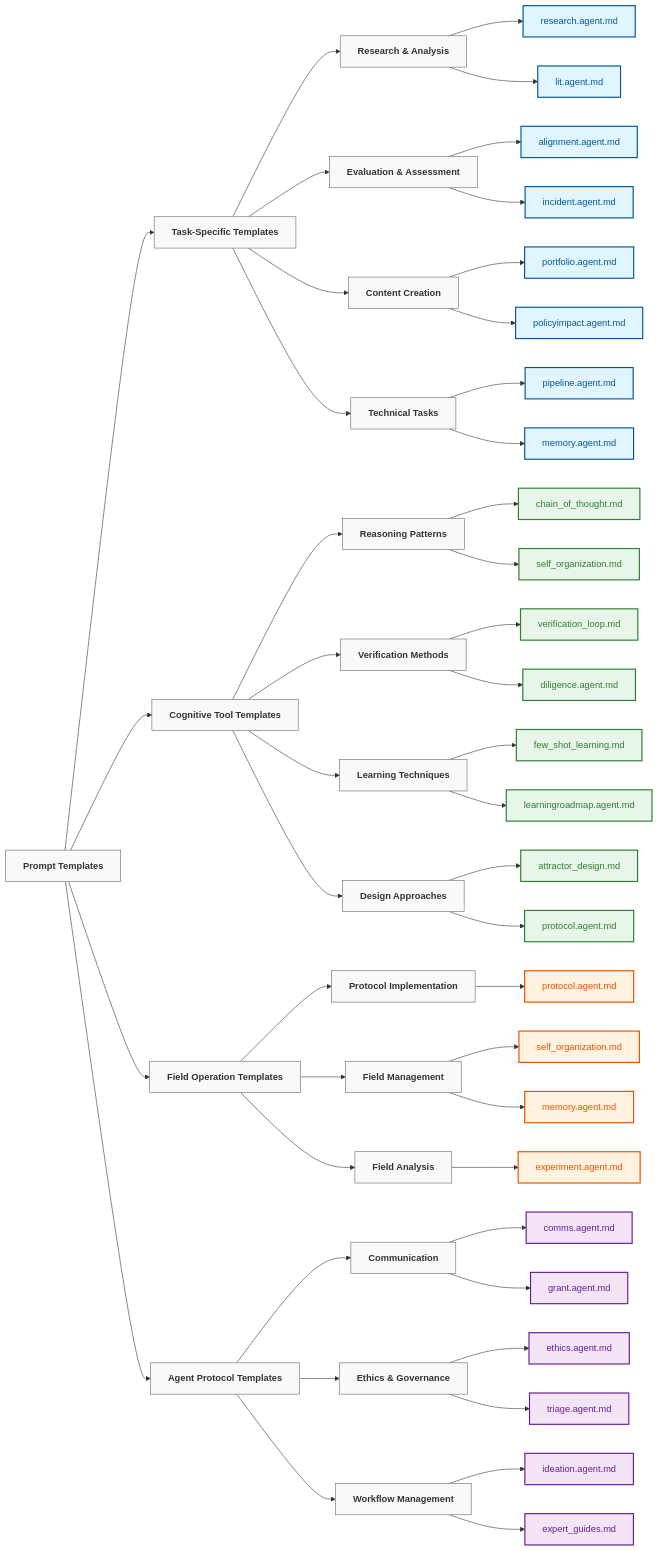
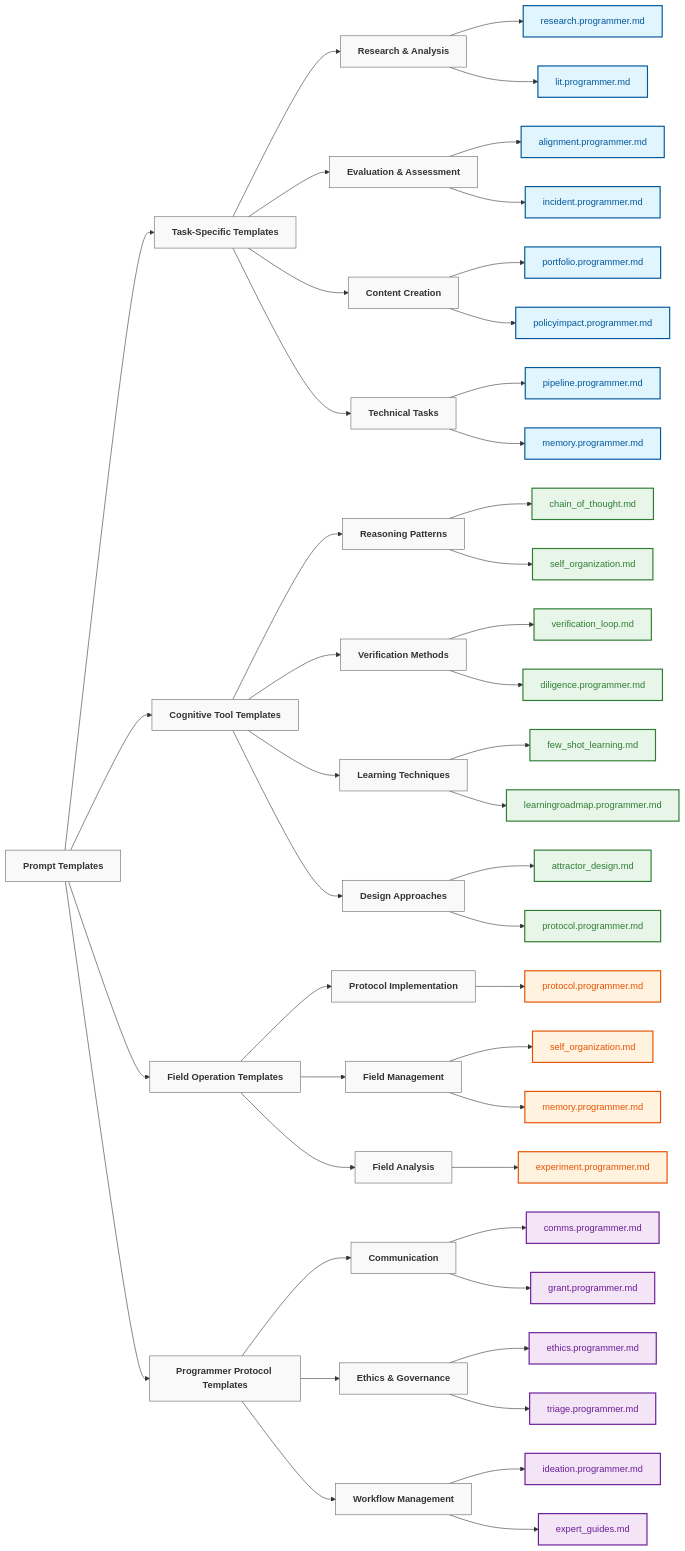
One commit to swcstudio/supercompute-lms changed the diagram in 20_templates/PROMPTS/README.md. Above: the diagram before and after it, drawn with Mermaid. The commit also changed other lines of this file and 143 other files, not shown here.

````diff
--- a/20_templates/PROMPTS/README.md
+++ b/20_templates/PROMPTS/README.md
@@ -50,96 +50,96 @@
     Root --> Task[Task-Specific Templates]
     Root --> Cognitive[Cognitive Tool Templates]
     Root --> Field[Field Operation Templates]
-    Root --> Agent[Agent Protocol Templates]
-    
+    Root --> Programmer[Programmer Protocol Templates]
+
     %% Task-Specific Templates
     Task --> Research[Research & Analysis]
     Task --> Evaluation[Evaluation & Assessment]
     Task --> Content[Content Creation]
     Task --> Technical[Technical Tasks]
-    
+
     %% Research & Analysis Templates
-    Research --> ResearchAgent[research.agent.md]
-    Research --> LitAgent[lit.agent.md]
-    
+    Research --> ResearchProgrammer[research.programmer.md]
+    Research --> LitProgrammer[lit.programmer.md]
+
     %% Evaluation & Assessment Templates
-    Evaluation --> AlignmentAgent[alignment.agent.md]
-    Evaluation --> IncidentAgent[incident.agent.md]
-    
+    Evaluation --> AlignmentProgrammer[alignment.programmer.md]
+    Evaluation --> IncidentProgrammer[incident.programmer.md]
+
     %% Content Creation Templates
-    Content --> PortfolioAgent[portfolio.agent.md]
-    Content --> PolicyAgent[policyimpact.agent.md]
-    
+    Content --> PortfolioProgrammer[portfolio.programmer.md]
+    Content --> PolicyProgrammer[policyimpact.programmer.md]
+
     %% Technical Tasks Templates
-    Technical --> PipelineAgent[pipeline.agent.md]
-    Technical --> MemoryAgent[memory.agent.md]
-    
+    Technical --> PipelineProgrammer[pipeline.programmer.md]
+    Technical --> MemoryProgrammer[memory.programmer.md]
+
     %% Cognitive Tool Templates
     Cognitive --> Reasoning[Reasoning Patterns]
     Cognitive --> Verification[Verification Methods]
     Cognitive --> Learning[Learning Techniques]
     Cognitive --> Design[Design Approaches]
-    
+
     %% Reasoning Pattern Templates
     Reasoning --> ChainOfThought[chain_of_thought.md]
     Reasoning --> SelfOrg[self_organization.md]
-    
+
     %% Verification Method Templates
     Verification --> VerificationLoop[verification_loop.md]
-    Verification --> DiligenceAgent[diligence.agent.md]
-    
+    Verification --> DiligenceProgrammer[diligence.programmer.md]
+
     %% Learning Technique Templates
     Learning --> FewShot[few_shot_learning.md]
-    Learning --> LearningRoadmap[learningroadmap.agent.md]
-    
+    Learning --> LearningRoadmap[learningroadmap.programmer.md]
+
     %% Design Approach Templates
     Design --> AttractorDesign[attractor_design.md]
-    Design --> ProtocolAgent[protocol.agent.md]
-    
+    Design --> ProtocolProgrammer[protocol.programmer.md]
+
     %% Field Operation Templates
     Field --> Protocol[Protocol Implementation]
     Field --> Management[Field Management]
     Field --> Analysis[Field Analysis]
-    
+
     %% Protocol Implementation Templates
-    Protocol --> ProtocolAgentMd[protocol.agent.md]
-    
+    Protocol --> ProtocolProgrammerMd[protocol.programmer.md]
+
     %% Field Management Templates
     Management --> SelfOrgMd[self_organization.md]
-    Management --> MemoryAgentMd[memory.agent.md]
-    
+    Management --> MemoryProgrammerMd[memory.programmer.md]
+
     %% Field Analysis Templates
-    Analysis --> ExperimentAgent[experiment.agent.md]
-    
-    %% Agent Protocol Templates
-    Agent --> Communication[Communication]
-    Agent --> Ethics[Ethics & Governance]
-    Agent --> Workflow[Workflow Management]
-    
+    Analysis --> ExperimentProgrammer[experiment.programmer.md]
+
+    %% Programmer Protocol Templates
+    Programmer --> Communication[Communication]
+    Programmer --> Ethics[Ethics & Governance]
+    Programmer --> Workflow[Workflow Management]
+
     %% Communication Templates
-    Communication --> CommsAgent[comms.agent.md]
-    Communication --> GrantAgent[grant.agent.md]
-    
+    Communication --> CommsProgrammer[comms.programmer.md]
+    Communication --> GrantProgrammer[grant.programmer.md]
+
     %% Ethics & Governance Templates
-    Ethics --> EthicsAgent[ethics.agent.md]
-    Ethics --> TriageAgent[triage.agent.md]
-    
+    Ethics --> EthicsProgrammer[ethics.programmer.md]
+    Ethics --> TriageProgrammer[triage.programmer.md]
+
     %% Workflow Management Templates
-    Workflow --> IdeationAgent[ideation.agent.md]
+    Workflow --> IdeationProgrammer[ideation.programmer.md]
     Workflow --> ExpertGuides[expert_guides.md]
-    
+
     %% Styling
     classDef category fill:#f9f9f9,stroke:#666,stroke-width:1px,color:#333,font-weight:bold
     classDef task fill:#e1f5fe,stroke:#01579b,stroke-width:2px,color:#01579b
     classDef cognitive fill:#e8f5e9,stroke:#2e7d32,stroke-width:2px,color:#2e7d32
     classDef field fill:#fff3e0,stroke:#e65100,stroke-width:2px,color:#e65100
-    classDef agent fill:#f3e5f5,stroke:#6a1b9a,stroke-width:2px,color:#6a1b9a
+    classDef programmer fill:#f3e5f5,stroke:#6a1b9a,stroke-width:2px,color:#6a1b9a
     classDef template fill:#ffffff,stroke:#999,stroke-width:1px,color:#333
-    
-    class Root,Task,Cognitive,Field,Agent,Research,Evaluation,Content,Technical,Reasoning,Verification,Learning,Design,Protocol,Management,Analysis,Communication,Ethics,Workflow category
-    class ResearchAgent,LitAgent,AlignmentAgent,IncidentAgent,PortfolioAgent,PolicyAgent,PipelineAgent,MemoryAgent task
-    class ChainOfThought,SelfOrg,VerificationLoop,DiligenceAgent,FewShot,LearningRoadmap,AttractorDesign,ProtocolAgent cognitive
-    class ProtocolAgentMd,SelfOrgMd,MemoryAgentMd,ExperimentAgent field
-    class CommsAgent,GrantAgent,EthicsAgent,TriageAgent,IdeationAgent,ExpertGuides agent
+
+    class Root,Task,Cognitive,Field,Programmer,Research,Evaluation,Content,Technical,Reasoning,Verification,Learning,Design,Protocol,Management,Analysis,Communication,Ethics,Workflow category
+    class ResearchProgrammer,LitProgrammer,AlignmentProgrammer,IncidentProgrammer,PortfolioProgrammer,PolicyProgrammer,PipelineProgrammer,MemoryProgrammer task
+    class ChainOfThought,SelfOrg,VerificationLoop,DiligenceProgrammer,FewShot,LearningRoadmap,AttractorDesign,ProtocolProgrammer cognitive
+    class ProtocolProgrammerMd,SelfOrgMd,MemoryProgrammerMd,ExperimentProgrammer field
+    class CommsProgrammer,GrantProgrammer,EthicsProgrammer,TriageProgrammer,IdeationProgrammer,ExpertGuides programmer
 
 ```
````
